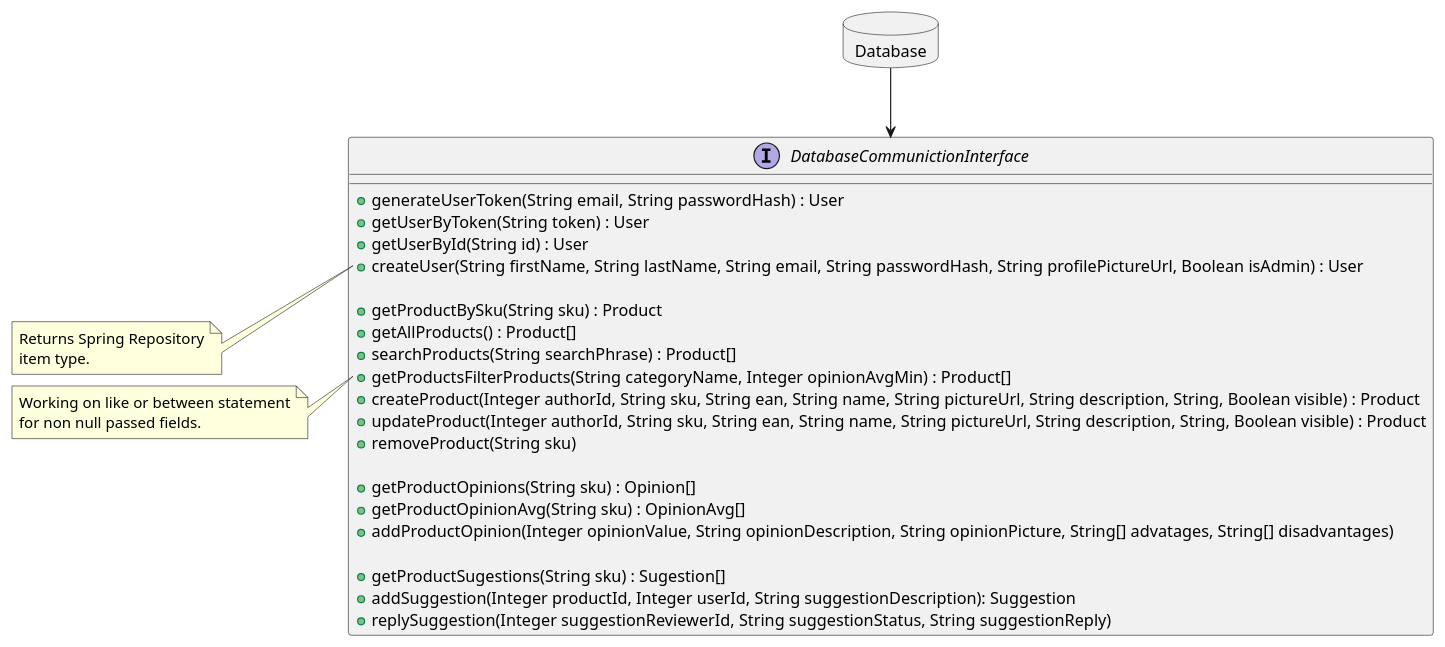
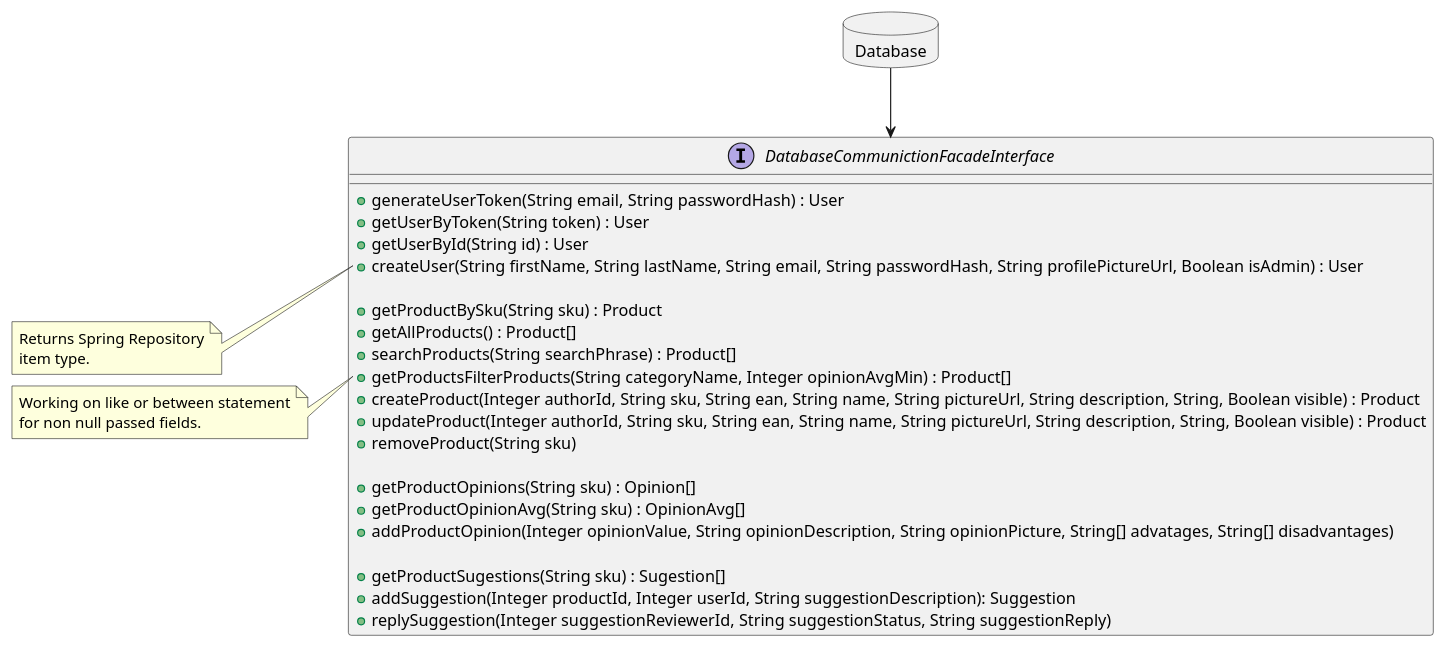
The diagram in BackendDatabaseCommunication.md (RadekBucki/OpinionCollectorArchitecture), drawn with PlantUML before and after one commit.

Commit message:
Fix for missing facade

````diff
--- a/BackendDatabaseCommunication.md
+++ b/BackendDatabaseCommunication.md
@@ -3,43 +3,43 @@
 ```plantuml
 @startuml
 
-Database --> DatabaseCommunictionInterface
+Database --> DatabaseCommunictionFacadeInterface
 
 database Database {
 }
 
-interface DatabaseCommunictionInterface {
+interface DatabaseCommunictionFacadeInterface {
     + generateUserToken(String email, String passwordHash) : User
     + getUserByToken(String token) : User
     + getUserById(String id) : User
     + createUser(String firstName, String lastName, String email, String passwordHash, String profilePictureUrl, Boolean isAdmin) : User
     
     + getProductBySku(String sku) : Product
     + getAllProducts() : Product[]
     + searchProducts(String searchPhrase) : Product[]
     + getProductsFilterProducts(String categoryName, Integer opinionAvgMin) : Product[]
     + createProduct(Integer authorId, String sku, String ean, String name, String pictureUrl, String description, String, Boolean visible) : Product
     + updateProduct(Integer authorId, String sku, String ean, String name, String pictureUrl, String description, String, Boolean visible) : Product
     + removeProduct(String sku)
     
     + getProductOpinions(String sku) : Opinion[]
     + getProductOpinionAvg(String sku) : OpinionAvg[]
     + addProductOpinion(Integer opinionValue, String opinionDescription, String opinionPicture, String[] advatages, String[] disadvantages)
     
     + getProductSugestions(String sku) : Sugestion[]
     + addSuggestion(Integer productId, Integer userId, String suggestionDescription): Suggestion
     + replySuggestion(Integer suggestionReviewerId, String suggestionStatus, String suggestionReply)
 }
 
-note left of DatabaseCommunictionInterface::createUser
+note left of DatabaseCommunictionFacadeInterface::createUser
     Returns Spring Repository
     item type.
 endnote
 
-note left of DatabaseCommunictionInterface::getProductsFilterProducts
+note left of DatabaseCommunictionFacadeInterface::getProductsFilterProducts
     Working on like or between statement
     for non null passed fields.
 endnote
 
 @enduml 
 ```
````
